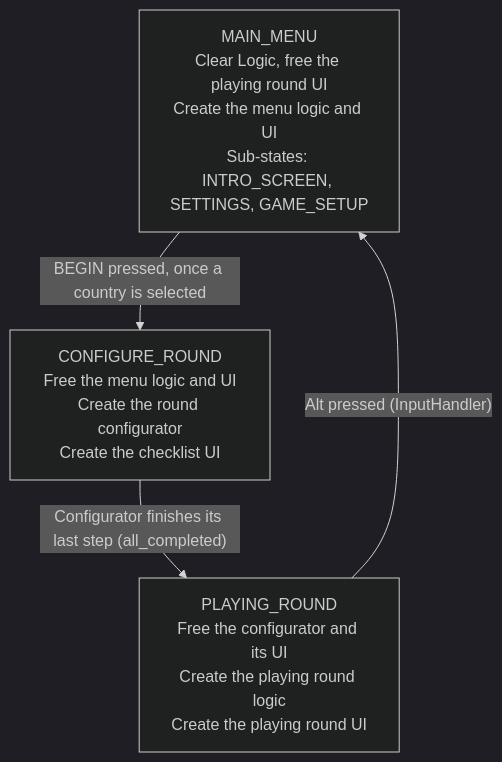
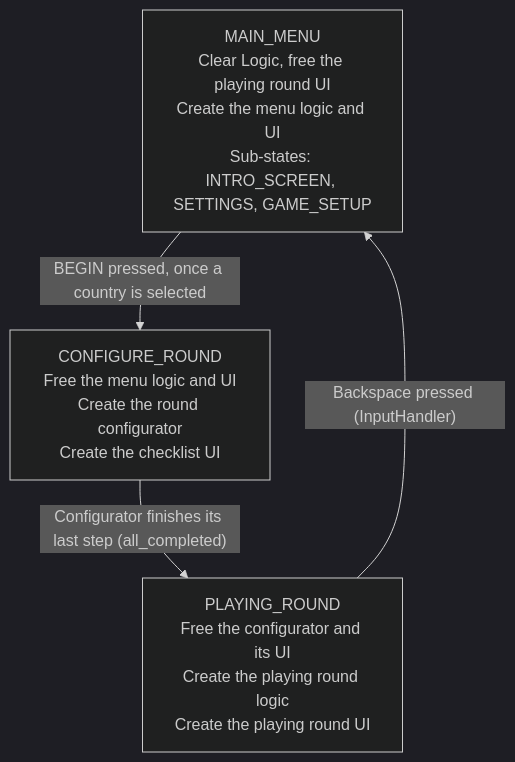
Before and after one commit to Bigfeta1/Political-Sim: the diagram in docs/onboarding.md, drawn with Mermaid (dark theme). The commit also changed other lines of this file and 30 other files, not shown here.

````diff
--- a/docs/onboarding.md
+++ b/docs/onboarding.md
@@ -76,9 +78,9 @@
 ```mermaid
 flowchart TD
 	A["MAIN_MENU<br/>Clear Logic, free the playing round UI<br/>Create the menu logic and UI<br/>Sub-states: INTRO_SCREEN, SETTINGS, GAME_SETUP"]
 	B["CONFIGURE_ROUND<br/>Free the menu logic and UI<br/>Create the round configurator<br/>Create the checklist UI"]
 	C["PLAYING_ROUND<br/>Free the configurator and its UI<br/>Create the playing round logic<br/>Create the playing round UI"]
 	A -->|"BEGIN pressed, once a country is selected"| B
 	B -->|"Configurator finishes its last step (all_completed)"| C
-	C -->|"Alt pressed (InputHandler)"| A
+	C -->|"Backspace pressed (InputHandler)"| A
 ```
````
